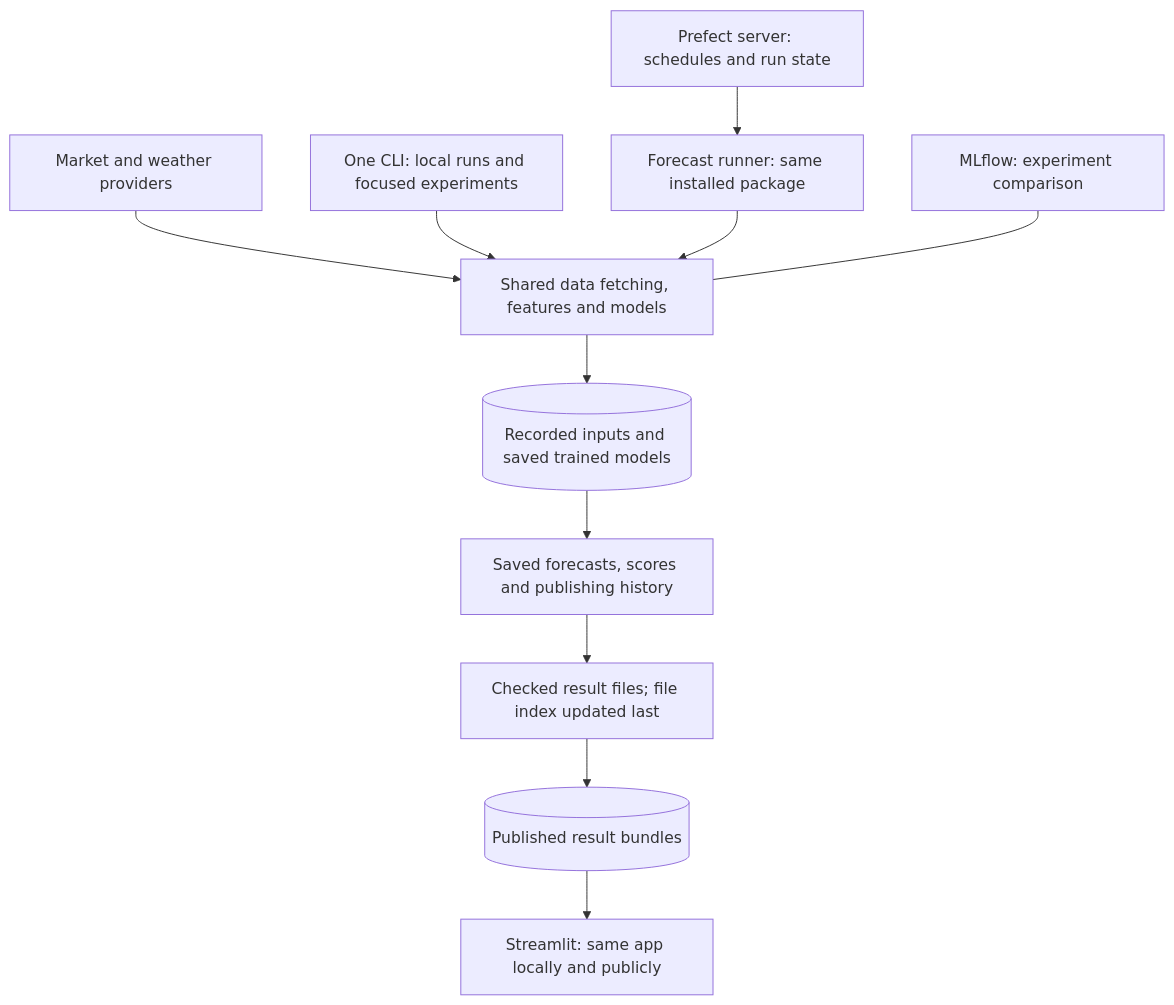
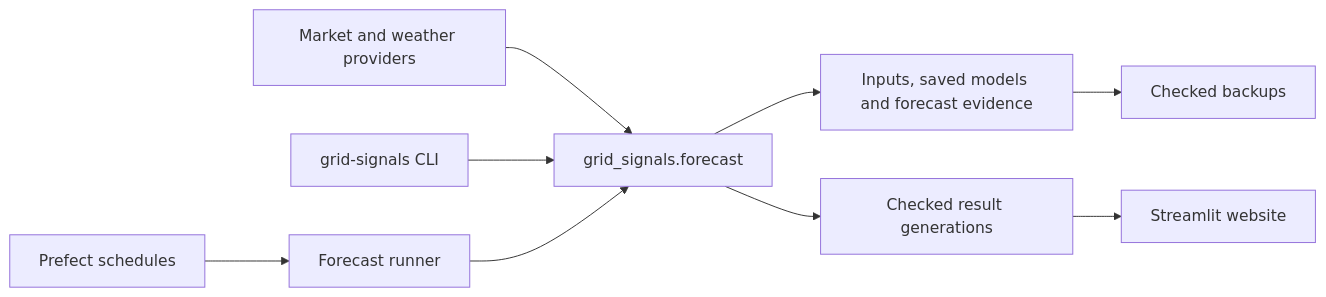
One commit to kaarelkivisalu/grid-signals changed the diagram in docs/implementation-plan.md. Above: the diagram before and after it, drawn with Mermaid. The commit also changed other lines of this file and 16 other files, not shown here.

````diff
--- a/docs/implementation-plan.md
+++ b/docs/implementation-plan.md
@@ -31,13 +11,11 @@
 ```mermaid
-flowchart TD
-    providers["Market and weather providers"] --> core["Shared data fetching, features and models"]
-    commands["One CLI: local runs and focused experiments"] --> core
-    prefect["Prefect server: schedules and run state"] --> runner["Forecast runner: same installed package"]
+flowchart LR
+    providers[Market and weather providers] --> core[grid_signals.forecast]
+    cli[grid-signals CLI] --> core
+    prefect[Prefect schedules] --> runner[Forecast runner]
     runner --> core
-    core --> data[("Recorded inputs and saved trained models")]
-    data --> publication["Saved forecasts, scores and publishing history"]
-    publication --> exports["Checked result files; file index updated last"]
-    exports --> public[("Published result bundles")]
-    public --> web["Streamlit: same app locally and publicly"]
-    tracking["MLflow: experiment comparison"] --- core
+    core --> data[Inputs, saved models and forecast evidence]
+    core --> results[Checked result generations]
+    results --> web[Streamlit website]
+    data --> backups[Checked backups]
 ```
````
